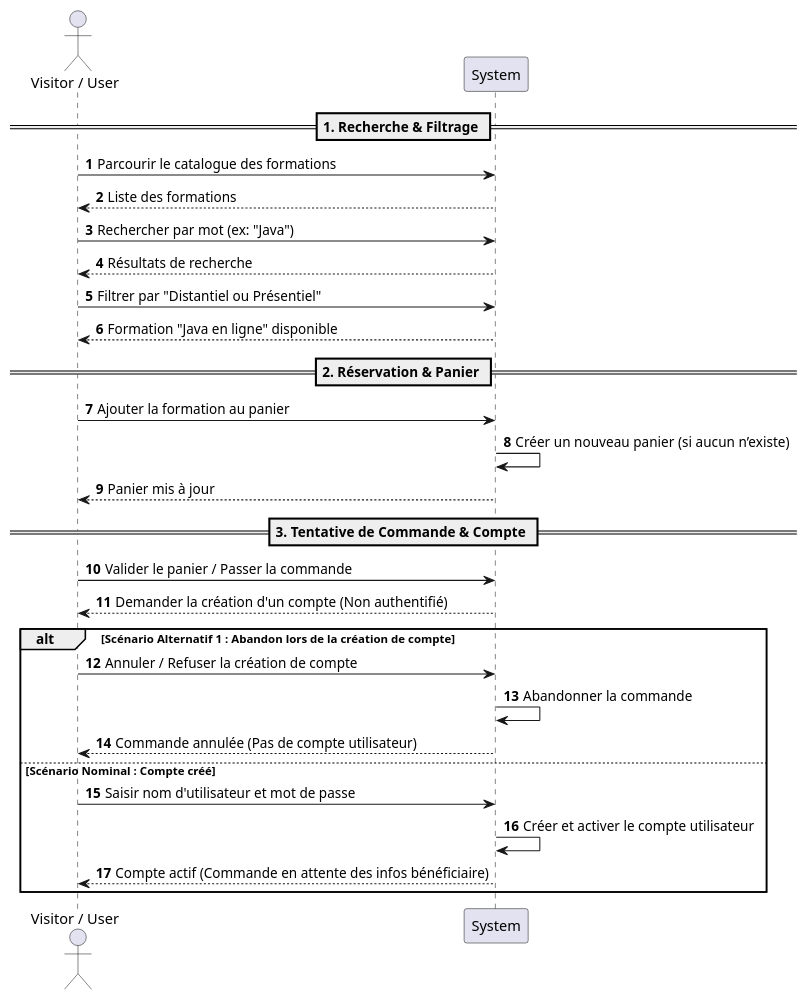
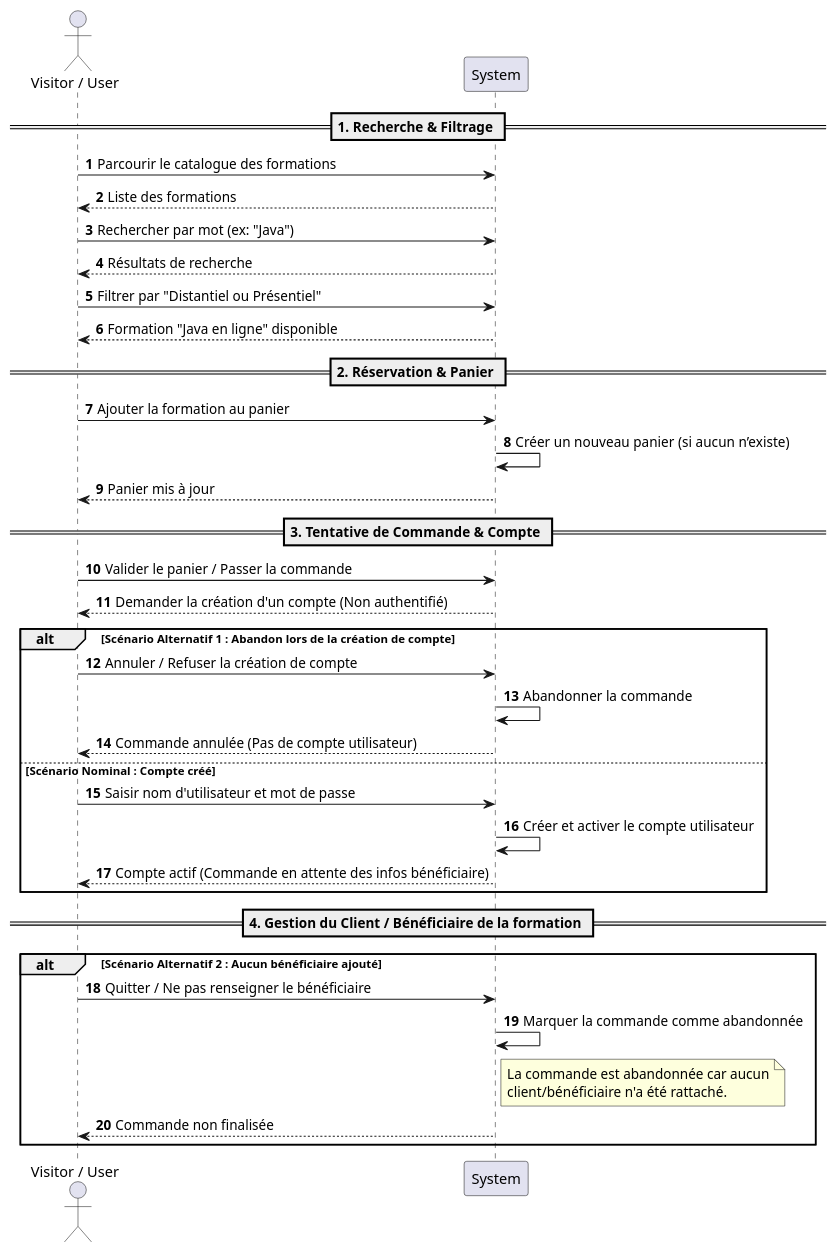
One commit to albanmartel/evaluation_metier_java changed the diagram in doc/uml/3-sequence/sequence_diagram_for-the-Training_Sales-Application.puml. Above: the diagram before and after it, drawn with PlantUML.

Commit message:
UPDATE: 'sequence_diagram_for-the-Training_Sales-Application.puml' ajout d'un nouveau scénario alternatif aucun bénéficiaire n'a été ajouté à la la formation.

```diff
--- a/doc/uml/3-sequence/sequence_diagram_for-the-Training_Sales-Application.puml
+++ b/doc/uml/3-sequence/sequence_diagram_for-the-Training_Sales-Application.puml
@@ -1,36 +1,48 @@
 @startuml
 autonumber
 actor "Visitor / User" as V
 participant "System" as S
 
 == 1. Recherche & Filtrage ==
 V -> S: Parcourir le catalogue des formations
 S --> V: Liste des formations
 
 V -> S: Rechercher par mot (ex: "Java")
 S --> V: Résultats de recherche
 
 V -> S: Filtrer par "Distantiel ou Présentiel"
 S --> V: Formation "Java en ligne" disponible
 
 == 2. Réservation & Panier ==
 V -> S: Ajouter la formation au panier
 S -> S: Créer un nouveau panier (si aucun n’existe)
 S --> V: Panier mis à jour
 
 == 3. Tentative de Commande & Compte ==
 V -> S: Valider le panier / Passer la commande
 S --> V: Demander la création d'un compte (Non authentifié)
 
 alt Scénario Alternatif 1 : Abandon lors de la création de compte
     V -> S: Annuler / Refuser la création de compte
     S -> S: Abandonner la commande
     S --> V: Commande annulée (Pas de compte utilisateur)
 
 else Scénario Nominal : Compte créé
     V -> S: Saisir nom d'utilisateur et mot de passe
     S -> S: Créer et activer le compte utilisateur
     S --> V: Compte actif (Commande en attente des infos bénéficiaire)
-    
+
+    end
+
+    == 4. Gestion du Client / Bénéficiaire de la formation ==
+    alt Scénario Alternatif 2 : Aucun bénéficiaire ajouté
+        V -> S: Quitter / Ne pas renseigner le bénéficiaire
+        S -> S: Marquer la commande comme abandonnée
+        note right of S
+          La commande est abandonnée car aucun
+          client/bénéficiaire n'a été rattaché.
+        end note
+        S --> V: Commande non finalisée
+
 end
 @enduml
```
